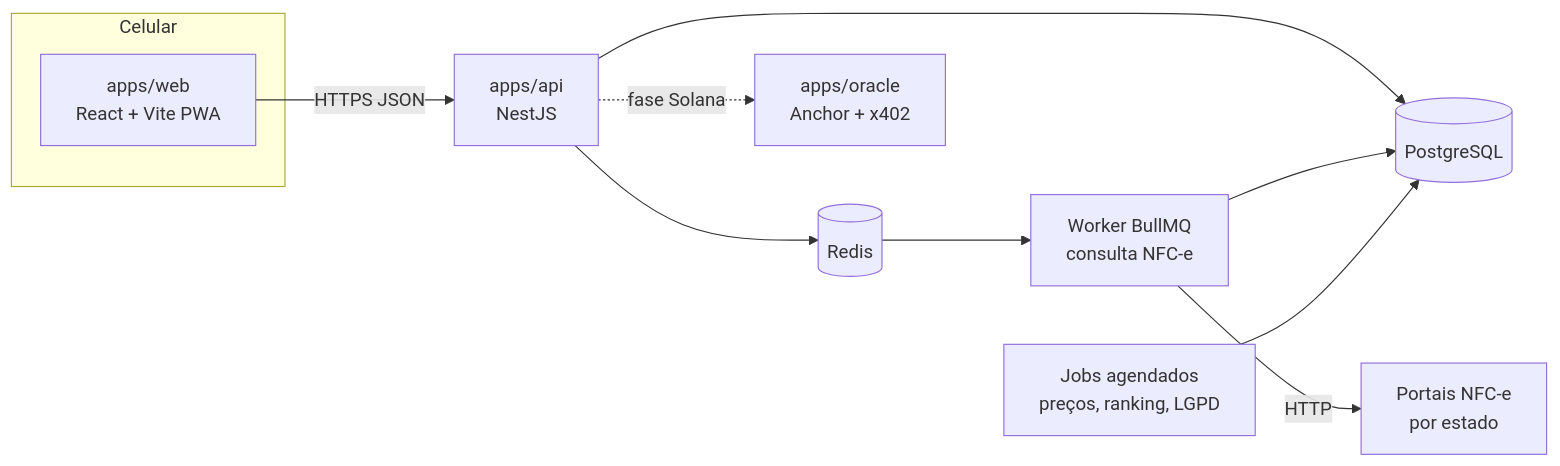
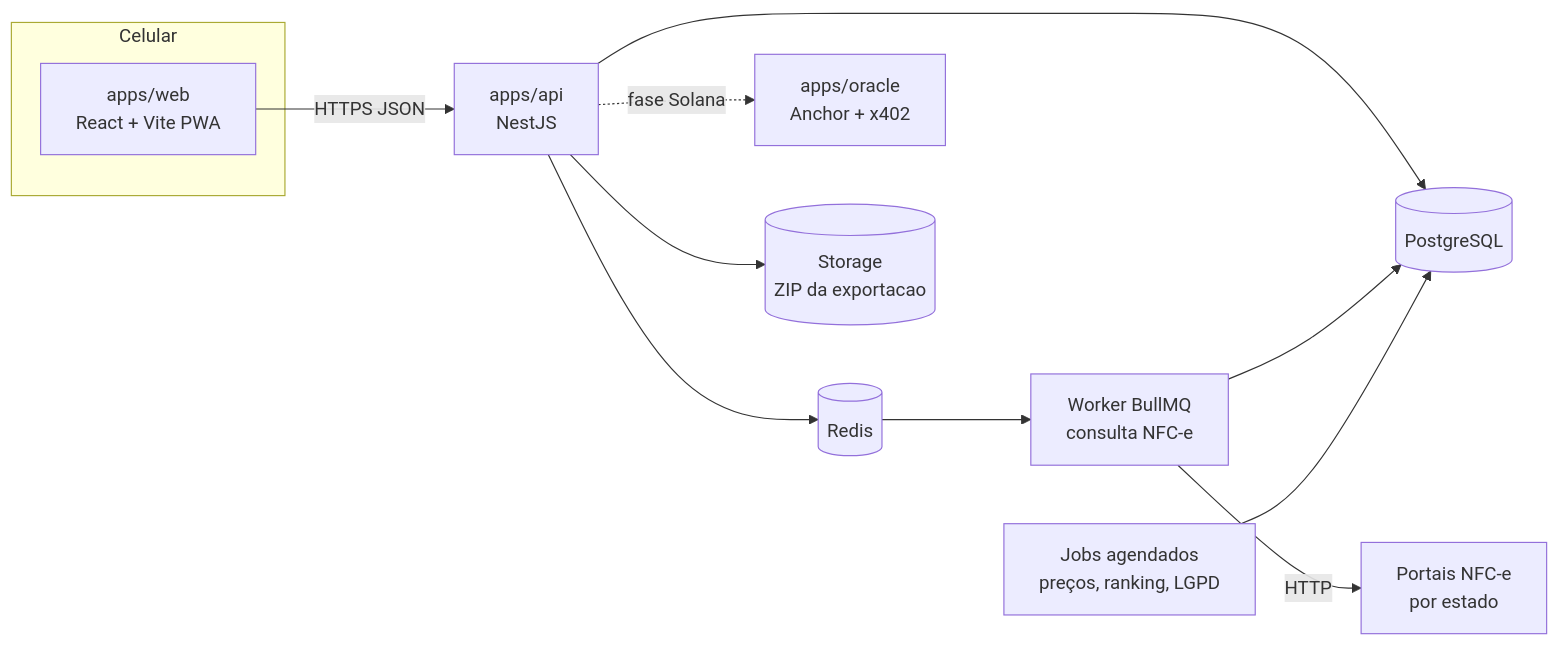
The diagram in docs/02-ARQUITETURA.md (iransousa/gastepouco), drawn with Mermaid before and after one commit. The commit also changed other lines of this file and 16 other files, not shown here.

````diff
--- a/docs/02-ARQUITETURA.md
+++ b/docs/02-ARQUITETURA.md
@@ -5,14 +5,15 @@
 ```mermaid
 flowchart LR
   subgraph Celular
     PWA[apps/web<br/>React + Vite PWA]
   end
   PWA -- HTTPS JSON --> API[apps/api<br/>NestJS]
   API --> PG[(PostgreSQL)]
   API --> R[(Redis)]
   R --> W[Worker BullMQ<br/>consulta NFC-e]
   W -- HTTP --> SEFAZ[Portais NFC-e<br/>por estado]
   W --> PG
   CRON[Jobs agendados<br/>preços, ranking, LGPD] --> PG
   API -. fase Solana .-> OR[apps/oracle<br/>Anchor + x402]
+  API --> ST[(Storage<br/>ZIP da exportacao)]
 ```
````
